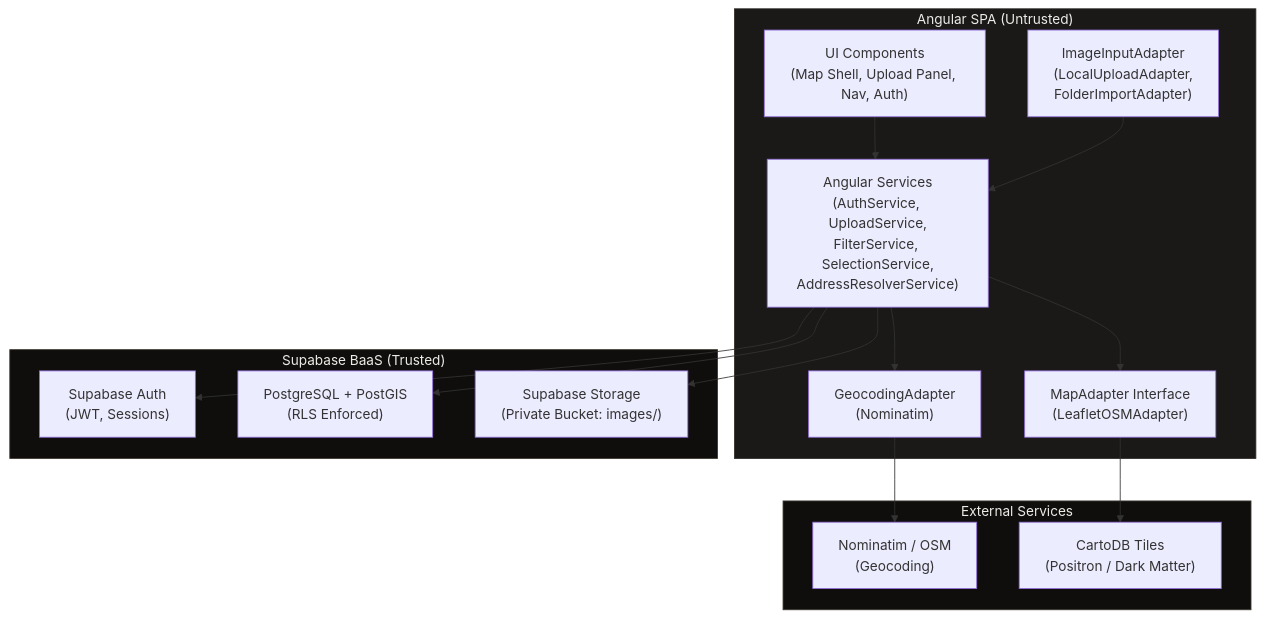
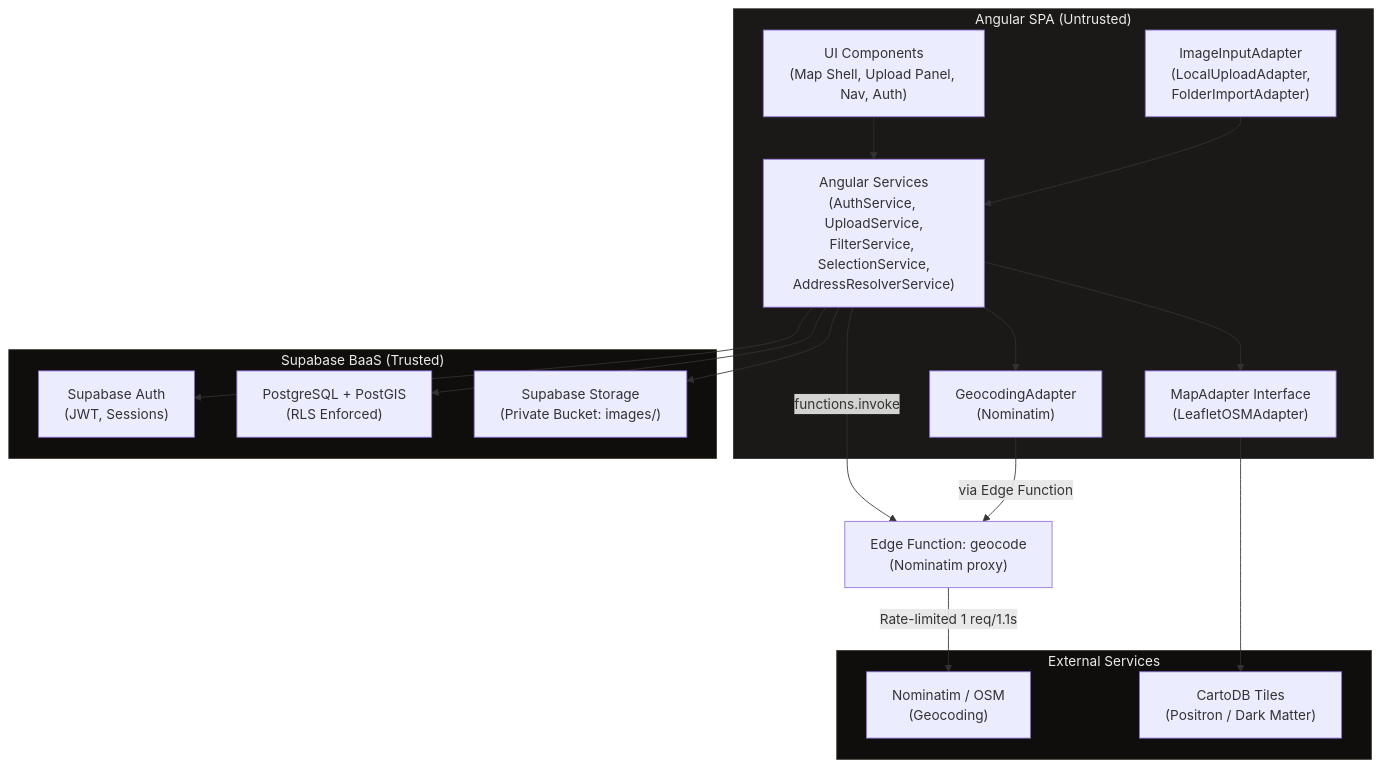
Before and after one commit to matkleve/sitesnap: the first of 11 diagrams in docs/architecture.md, drawn with Mermaid. The commit also changed other lines of this file and 4 other files, not shown here.

Commit message:
feat: implement Supabase Edge Function for geocoding, replacing direct Nominatim calls and adding server-side rate limiting

````diff
--- a/docs/architecture.md
+++ b/docs/architecture.md
@@ -40,35 +40,37 @@
 ```mermaid
 graph TB
   subgraph Client["Angular SPA (Untrusted)"]
     UI["UI Components<br/>(Map Shell, Upload Panel, Nav, Auth)"]
     Services["Angular Services<br/>(AuthService, UploadService,<br/>FilterService, SelectionService,<br/>AddressResolverService)"]
     MapAdapter["MapAdapter Interface<br/>(LeafletOSMAdapter)"]
     GeoAdapter["GeocodingAdapter<br/>(Nominatim)"]
     InputAdapter["ImageInputAdapter<br/>(LocalUploadAdapter,<br/>FolderImportAdapter)"]
   end
 
   subgraph Supabase["Supabase BaaS (Trusted)"]
     Auth["Supabase Auth<br/>(JWT, Sessions)"]
     DB["PostgreSQL + PostGIS<br/>(RLS Enforced)"]
     Storage["Supabase Storage<br/>(Private Bucket: images/)"]
   end
 
   subgraph External["External Services"]
     Nominatim["Nominatim / OSM<br/>(Geocoding)"]
     Tiles["CartoDB Tiles<br/>(Positron / Dark Matter)"]
   end
 
   UI --> Services
   Services --> Auth
   Services --> DB
   Services --> Storage
+  Services -->|"functions.invoke"| EdgeFn["Edge Function: geocode<br/>(Nominatim proxy)"]
+  EdgeFn -->|"Rate-limited 1 req/1.1s"| Nominatim
   MapAdapter --> Tiles
-  GeoAdapter --> Nominatim
   InputAdapter --> Services
   Services --> MapAdapter
   Services --> GeoAdapter
+  GeoAdapter -->|"via Edge Function"| EdgeFn
 
   style Client fill:#1a1917,stroke:#2E2B27,color:#EDEBE7
   style Supabase fill:#0F0E0C,stroke:#3D3830,color:#EDEBE7
   style External fill:#0F0E0C,stroke:#3D3830,color:#EDEBE7
 ```
````
